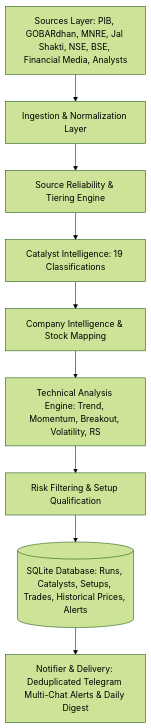
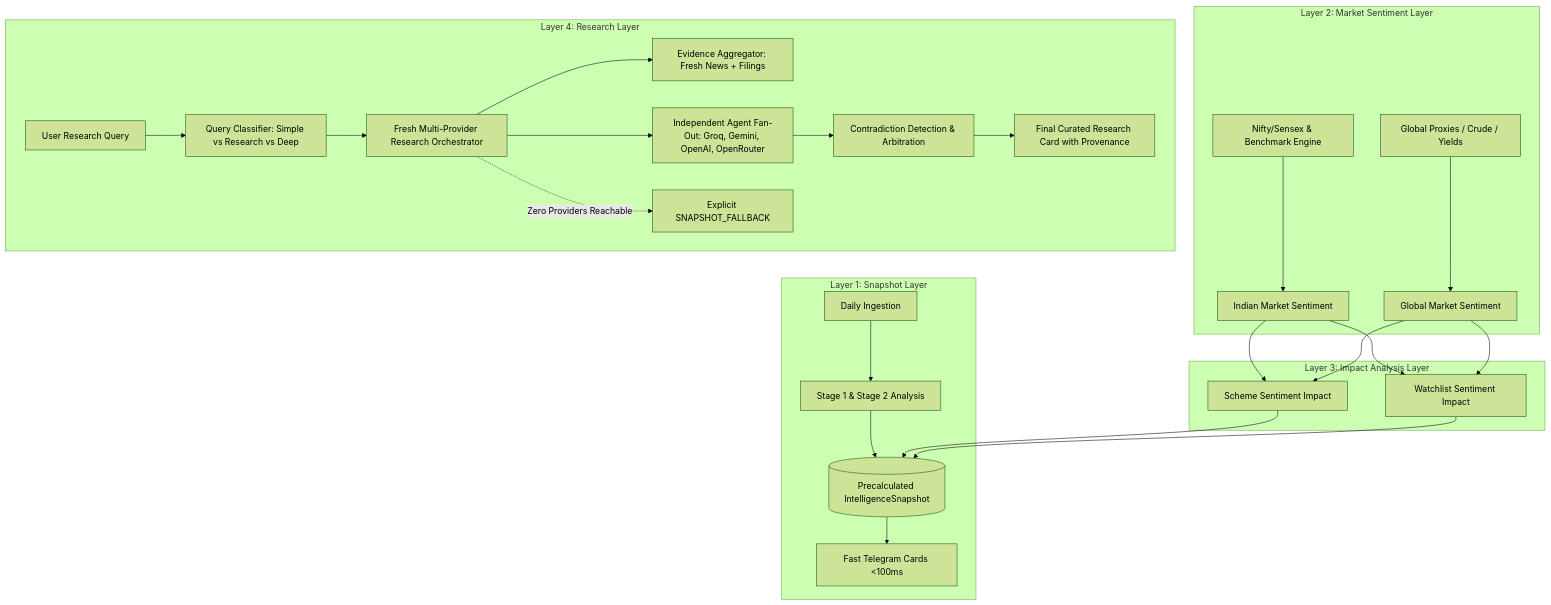
One commit to botv99/scheme-intel changed the diagram in docs/ARCHITECTURE.md. Above: the diagram before and after it, drawn with Mermaid (forest theme). The commit also changed other lines of this file and 12 other files, not shown here.

First line of the commit message:
feat(intelligence): upgrade multi-provider research orchestrator and market sentiment layer

````diff
--- a/docs/ARCHITECTURE.md
+++ b/docs/ARCHITECTURE.md
@@ -10,11 +12,29 @@
 ```mermaid
 graph TD
-    A[Sources Layer: PIB, GOBARdhan, MNRE, Jal Shakti, NSE, BSE, Financial Media, Analysts] --> B[Ingestion & Normalization Layer]
-    B --> C[Source Reliability & Tiering Engine]
-    C --> D[Catalyst Intelligence: 19 Classifications]
-    D --> E[Company Intelligence & Stock Mapping]
-    E --> F[Technical Analysis Engine: Trend, Momentum, Breakout, Volatility, RS]
-    F --> G[Risk Filtering & Setup Qualification]
-    G --> H[(SQLite Database: Runs, Catalysts, Setups, Trades, Historical Prices, Alerts)]
-    H --> I[Notifier & Delivery: Deduplicated Telegram Multi-Chat Alerts & Daily Digest]
+    subgraph Layer 1: Snapshot Layer
+        A1[Daily Ingestion] --> A2[Stage 1 & Stage 2 Analysis]
+        A2 --> A3[(Precalculated IntelligenceSnapshot)]
+        A3 --> A4[Fast Telegram Cards <100ms]
+    end
+
+    subgraph Layer 2: Market Sentiment Layer
+        B1[Nifty/Sensex & Benchmark Engine] --> B3[Indian Market Sentiment]
+        B2[Global Proxies / Crude / Yields] --> B4[Global Market Sentiment]
+    end
+
+    subgraph Layer 3: Impact Analysis Layer
+        B3 & B4 --> C1[Scheme Sentiment Impact]
+        B3 & B4 --> C2[Watchlist Sentiment Impact]
+        C1 & C2 --> A3
+    end
+
+    subgraph Layer 4: Research Layer
+        D1[User Research Query] --> D2[Query Classifier: Simple vs Research vs Deep]
+        D2 --> D3[Fresh Multi-Provider Research Orchestrator]
+        D3 --> D4[Evidence Aggregator: Fresh News + Filings]
+        D3 --> D5[Independent Agent Fan-Out: Groq, Gemini, OpenAI, OpenRouter]
+        D5 --> D6[Contradiction Detection & Arbitration]
+        D6 --> D7[Final Curated Research Card with Provenance]
+        D3 -.->|Zero Providers Reachable| D8[Explicit SNAPSHOT_FALLBACK]
+    end
 ```
````
